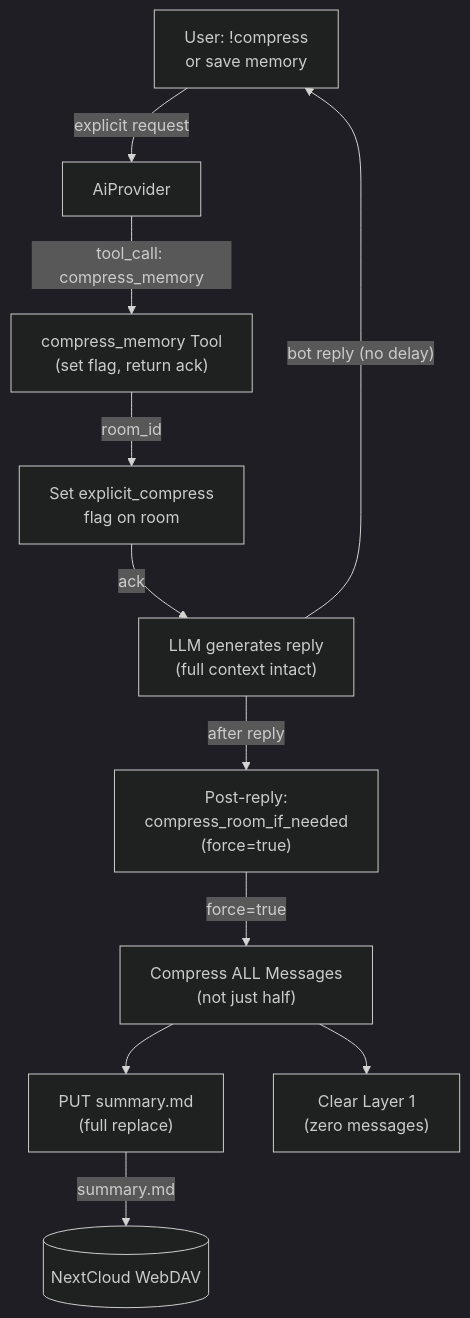
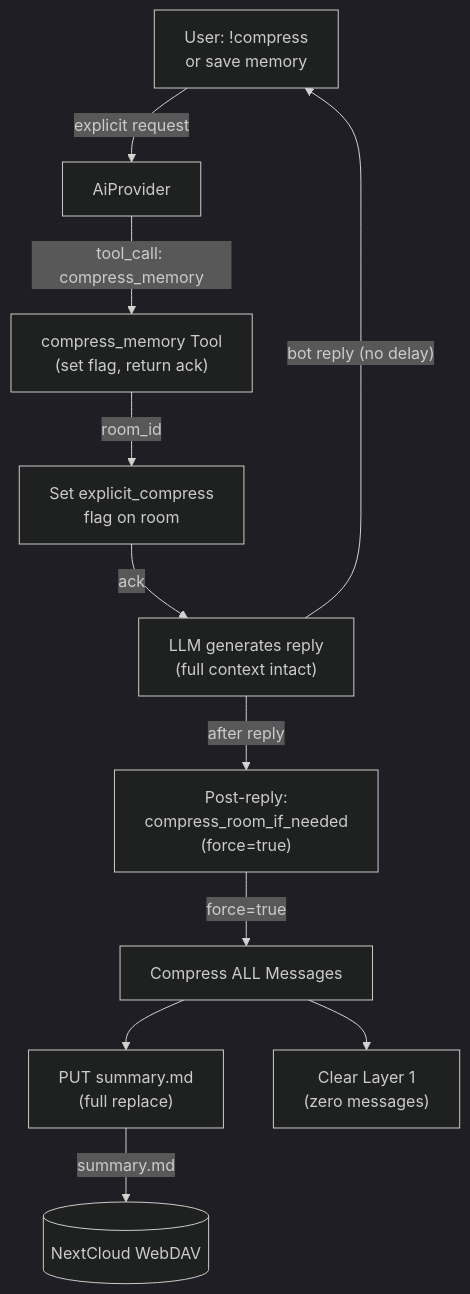
The third of 6 diagrams in _dfd/memory/memory-compression.md (cosmoswafer/rockbot), drawn with Mermaid (dark theme) before and after one commit. The commit also changed other lines of this file and 6 other files, not shown here.

First line of the commit message:
fix(compression): strip all messages in both modes, fix summary.md fallback

````diff
--- a/_dfd/memory/memory-compression.md
+++ b/_dfd/memory/memory-compression.md
@@ -132,24 +128,24 @@
 ```mermaid
 flowchart TD
     USER["User: !compress<br/>or save memory"]
     AI[AiProvider]
     TOOL["compress_memory Tool<br/>(set flag, return ack)"]
     FLAG["Set explicit_compress<br/>flag on room"]
     LLM_REPLY["LLM generates reply<br/>(full context intact)"]
     POST["Post-reply:<br/>compress_room_if_needed<br/>(force=true)"]
-    FULL["Compress ALL Messages<br/>(not just half)"]
+    FULL["Compress ALL Messages"]
     WRITE["PUT summary.md<br/>(full replace)"]
     CLEAR["Clear Layer 1<br/>(zero messages)"]
     DAV[(NextCloud WebDAV)]
 
     USER -->|"explicit request"| AI
     AI -->|"tool_call: compress_memory"| TOOL
     TOOL -->|"room_id"| FLAG
     FLAG -->|"ack"| LLM_REPLY
     LLM_REPLY -->|"bot reply (no delay)"| USER
     LLM_REPLY -->|"after reply"| POST
     POST -->|"force=true"| FULL
     FULL --> WRITE
     FULL --> CLEAR
     WRITE -->|"summary.md"| DAV
 ```
````
